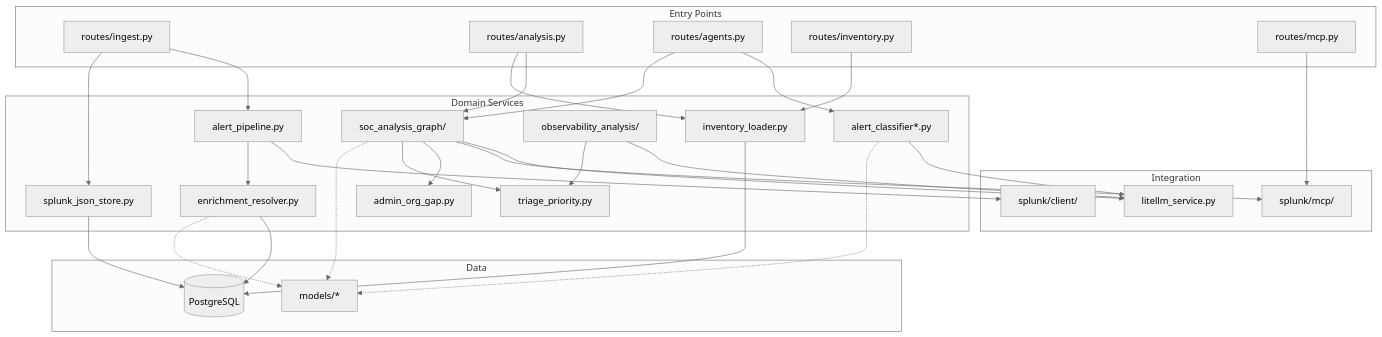
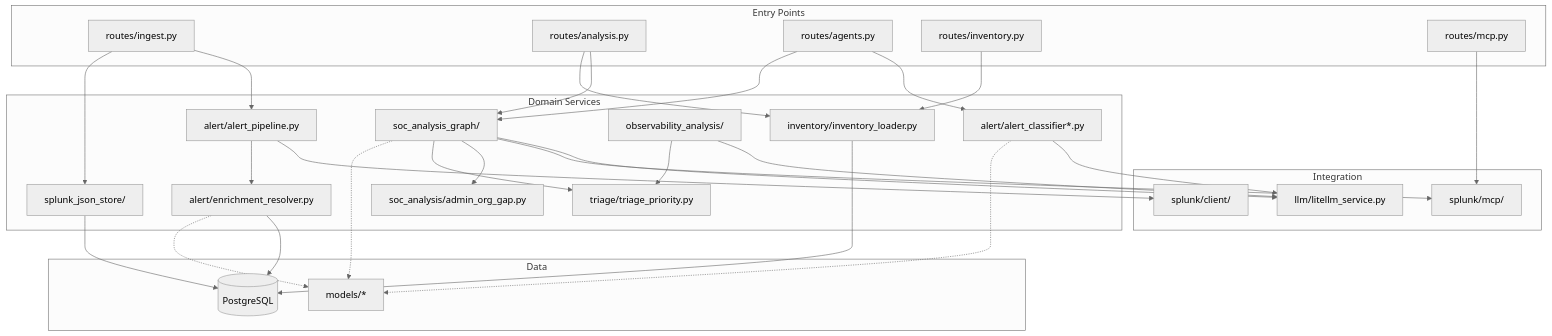
One commit to Sepideh-Asadollahi/ThinkingSOC-splunk-hackathon changed the diagram in docs/05-codebase-map.md. Above: the diagram before and after it, drawn with Mermaid (neutral theme). The commit also changed other lines of this file and 55 other files, not shown here.

````diff
--- a/docs/05-codebase-map.md
+++ b/docs/05-codebase-map.md
@@ -40,56 +42,56 @@
 ```mermaid
 flowchart TD
   subgraph edge ["Entry Points"]
     Ingest["routes/ingest.py"]
     Analysis["routes/analysis.py"]
     Agents["routes/agents.py"]
     Inventory["routes/inventory.py"]
     MCP_R["routes/mcp.py"]
   end
 
   subgraph services ["Domain Services"]
-    Pipeline["alert_pipeline.py"]
-    Classifier["alert_classifier*.py"]
-    Enrichment["enrichment_resolver.py"]
+    Pipeline["alert/alert_pipeline.py"]
+    Classifier["alert/alert_classifier*.py"]
+    Enrichment["alert/enrichment_resolver.py"]
     SOCGraph["soc_analysis_graph/"]
     ObsAnalysis["observability_analysis/"]
-    Triage["triage_priority.py"]
-    AdminGap["admin_org_gap.py"]
-    Store["splunk_json_store.py"]
-    InvLoader["inventory_loader.py"]
+    Triage["triage/triage_priority.py"]
+    AdminGap["soc_analysis/admin_org_gap.py"]
+    Store["splunk_json_store/"]
+    InvLoader["inventory/inventory_loader.py"]
   end
 
   subgraph integration ["Integration"]
     REST["splunk/client/"]
     MCP_C["splunk/mcp/"]
-    LiteLLM["litellm_service.py"]
+    LiteLLM["llm/litellm_service.py"]
   end
 
   subgraph data ["Data"]
     PG[("PostgreSQL")]
     Models["models/*"]
   end
 
   Ingest --> Pipeline --> REST
   Ingest --> Store
   Analysis --> SOCGraph
   Analysis --> InvLoader
   Agents --> Classifier --> LiteLLM
   Agents --> SOCGraph
   Inventory --> InvLoader --> PG
   MCP_R --> MCP_C
 
   SOCGraph --> LiteLLM
   SOCGraph --> MCP_C
   SOCGraph --> AdminGap
   SOCGraph --> Triage
   ObsAnalysis --> LiteLLM
   ObsAnalysis --> Triage
   Enrichment --> PG
   Store --> PG
   Pipeline --> Enrichment
 
   SOCGraph -.-> Models
   Classifier -.-> Models
   Enrichment -.-> Models
 ```
````
